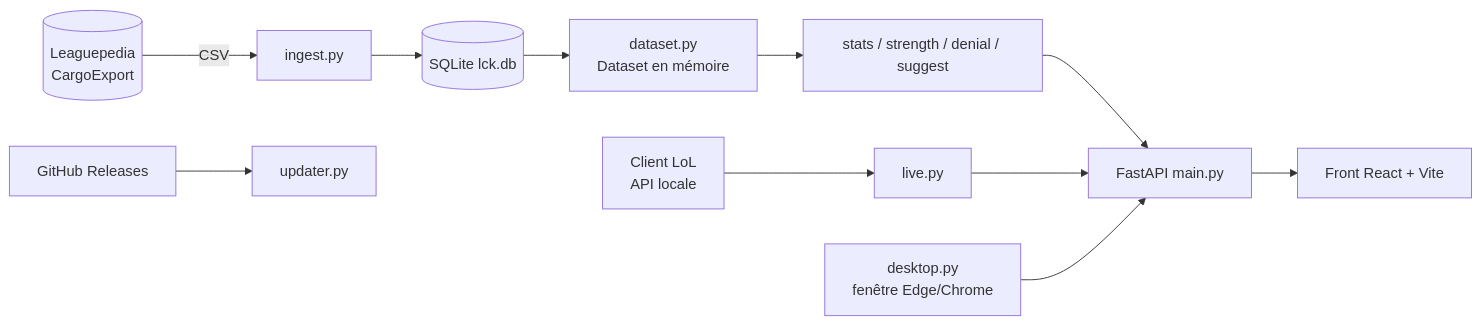
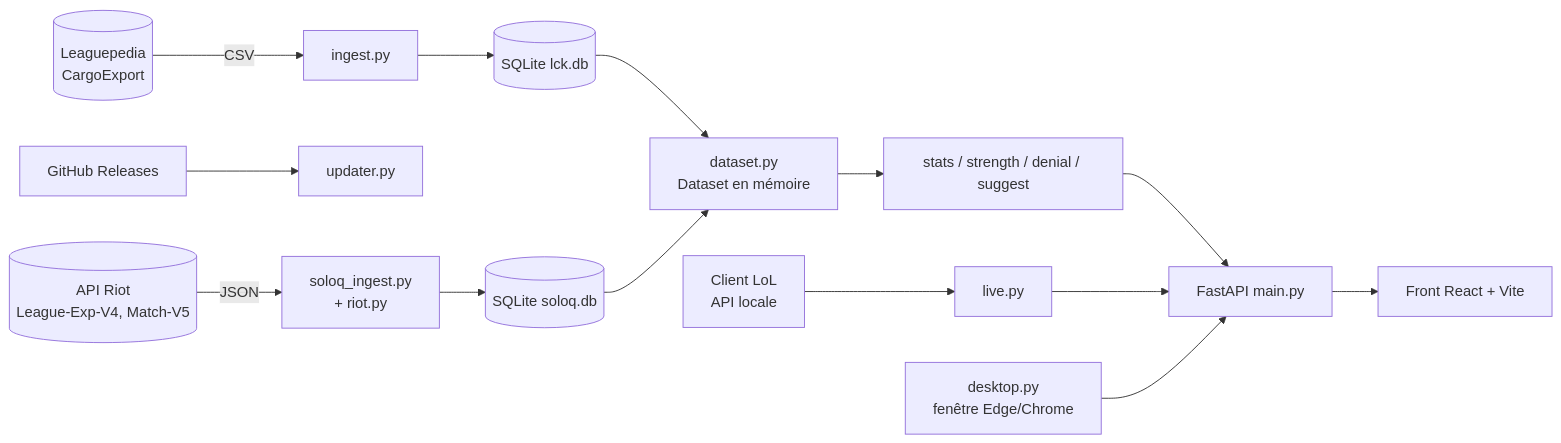
Before and after one commit to Petitclg/league-pro-comp: the first of 4 diagrams in docs/architecture.md, drawn with Mermaid. The commit also changed other lines of this file and 4 other files, not shown here.

Commit message:
Document the solo queue mode: soloq.db schema, Riot API import, routes and requirements

````diff
--- a/docs/architecture.md
+++ b/docs/architecture.md
@@ -5,13 +5,16 @@
 ```mermaid
 flowchart LR
     LP[(Leaguepedia\nCargoExport)] -->|CSV| ING[ingest.py]
     ING --> DB[(SQLite lck.db)]
     DB --> DS[dataset.py\nDataset en mémoire]
     DS --> ST[stats / strength / denial / suggest]
     ST --> API[FastAPI main.py]
     API --> UI[Front React + Vite]
     LCU[Client LoL\nAPI locale] --> LIVE[live.py]
     LIVE --> API
     DESK[desktop.py\nfenêtre Edge/Chrome] --> API
     GH[GitHub Releases] --> UPD[updater.py]
+    RIOT[(API Riot\nLeague-Exp-V4, Match-V5)] -->|JSON| SQI[soloq_ingest.py\n+ riot.py]
+    SQI --> SQDB[(SQLite soloq.db)]
+    SQDB --> DS
 ```
````
